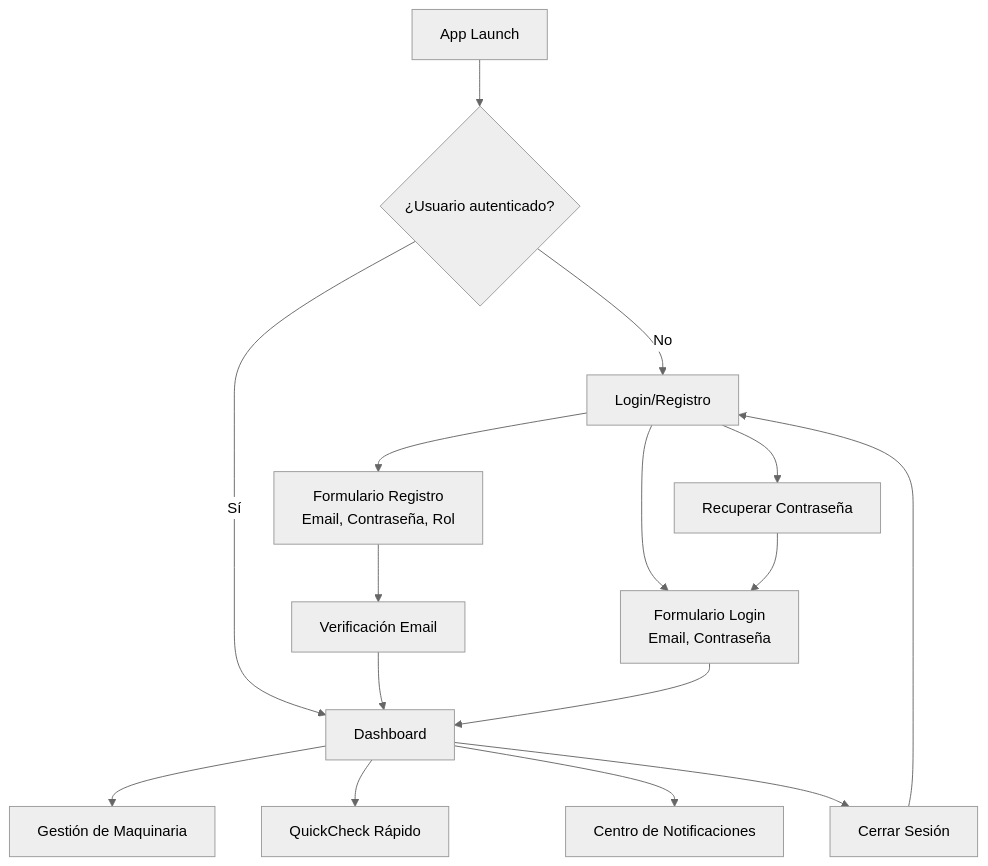
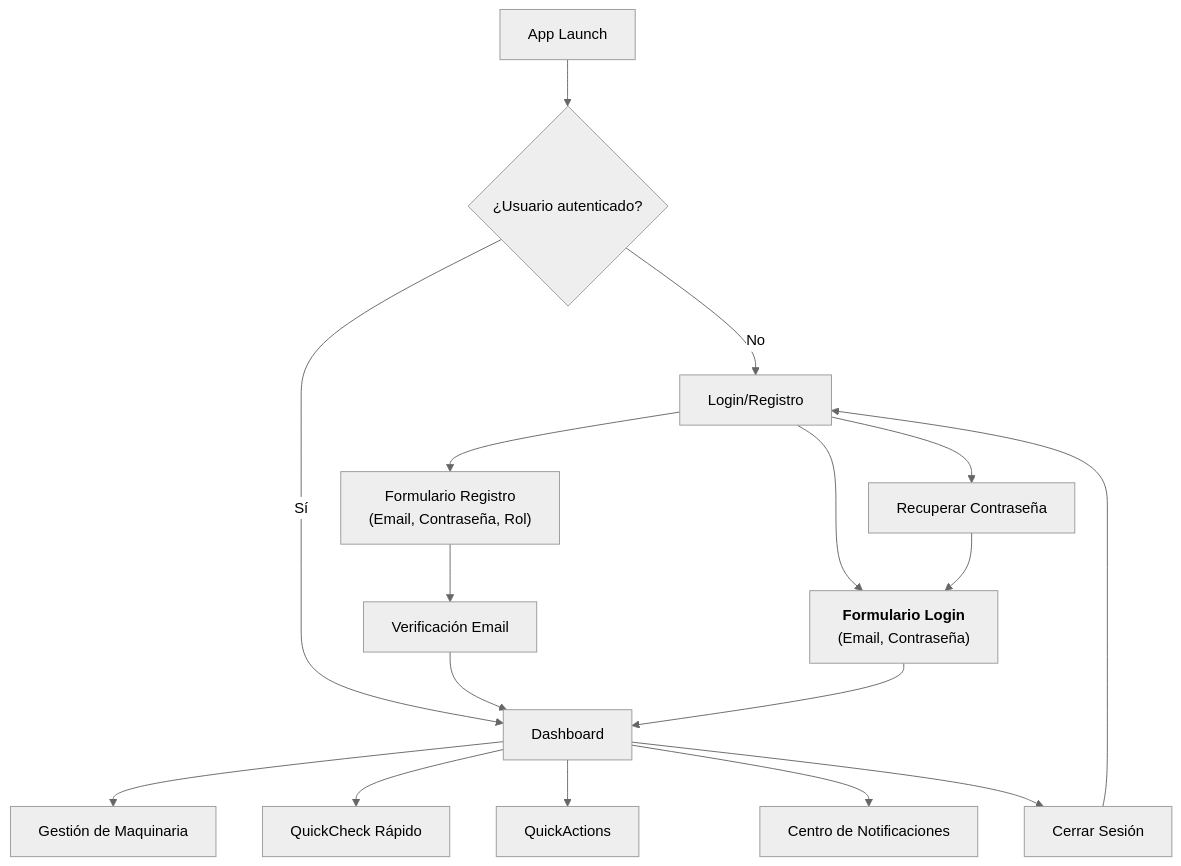
Before and after one commit to MarkMed/FleetMan: the first of 9 diagrams in docs/userJourney.md, drawn with Mermaid (neutral theme). The commit also changed other lines of this file, not shown here.

Commit message:
Add QuickActions Dashboard flow and update navigation in user journey documentation

````diff
--- a/docs/userJourney.md
+++ b/docs/userJourney.md
@@ -5,21 +5,22 @@
 ```mermaid
 flowchart TD
     START[App Launch] --> AUTH{¿Usuario autenticado?}
     AUTH -->|No| LOGIN[Login/Registro]
     AUTH -->|Sí| DASH[Dashboard]
-    LOGIN --> REGISTER[Formulario Registro<br/>Email, Contraseña, Rol]
-    LOGIN --> SIGNIN[Formulario Login<br/>Email, Contraseña]
+    LOGIN --> REGISTER[Formulario Registro<br/>#40;Email, Contraseña, Rol#41;]
+    LOGIN --> SIGNIN[<b>Formulario Login</b><br/>#40;Email, Contraseña#41;]
     LOGIN --> FORGOT[Recuperar Contraseña]
 	FORGOT --> SIGNIN
     
     REGISTER --> VERIFY[Verificación Email]
     VERIFY --> DASH
     SIGNIN --> DASH
     
     DASH --> MACHINES[Gestión de Maquinaria]
     DASH --> QUICKCHECK[QuickCheck Rápido]
+    DASH --> QUICKACTIONS[QuickActions]
     DASH --> NOTIFICATIONS[Centro de Notificaciones]
     DASH --> LOGOUT[Cerrar Sesión]
     
     LOGOUT --> LOGIN
 ```
````
